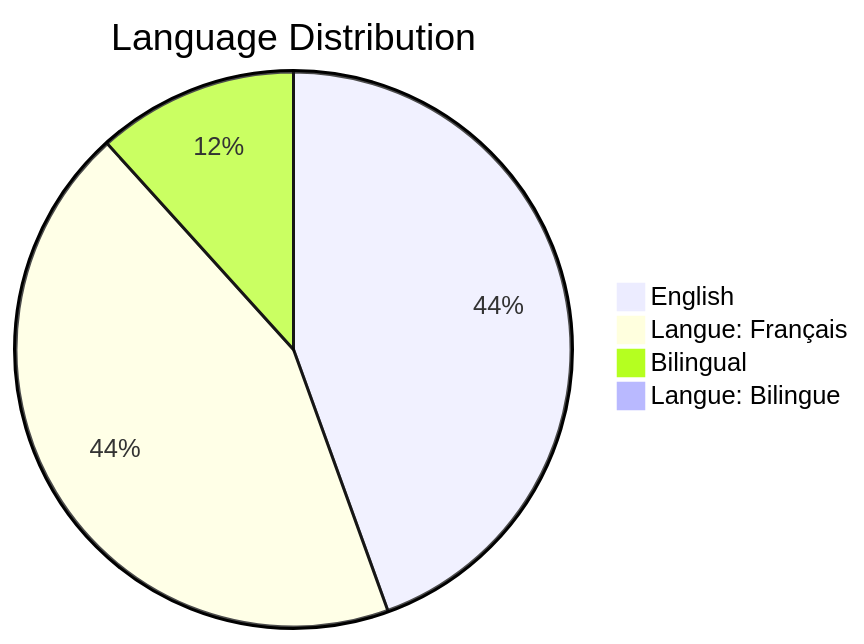
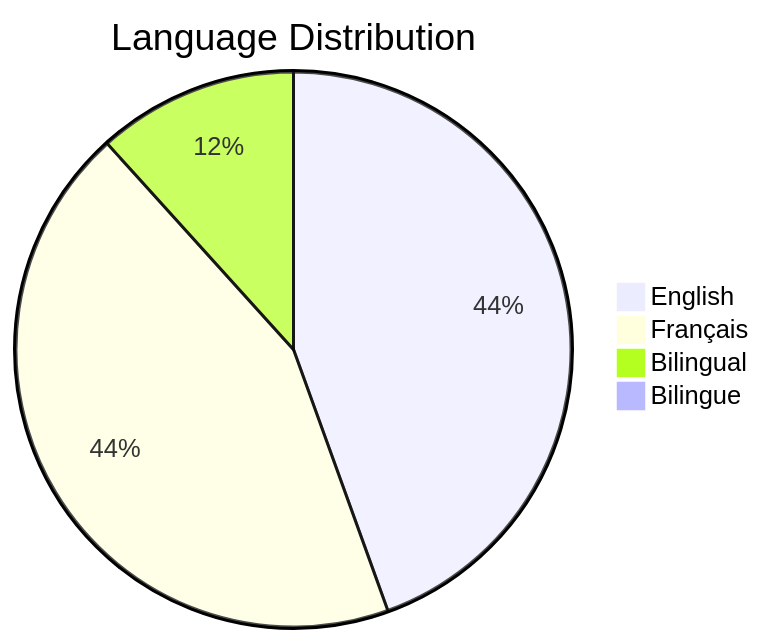
One commit to PatLittle/GC-Socials changed the second of 2 diagrams in README.md. Above: the diagram before and after it, drawn with Mermaid. The commit also changed other lines of this file, not shown here.

Commit message:
Update README with Platform Distribution pie chart

````diff
--- a/README.md
+++ b/README.md
@@ -25,7 +28,7 @@
 ```mermaid
 pie title Language Distribution
     "English": 806
-    "Langue: Français": 794
+    "Français": 794
     "Bilingual": 212
-    "Langue: Bilingue": 12
+    "Bilingue": 12
 ```
````
